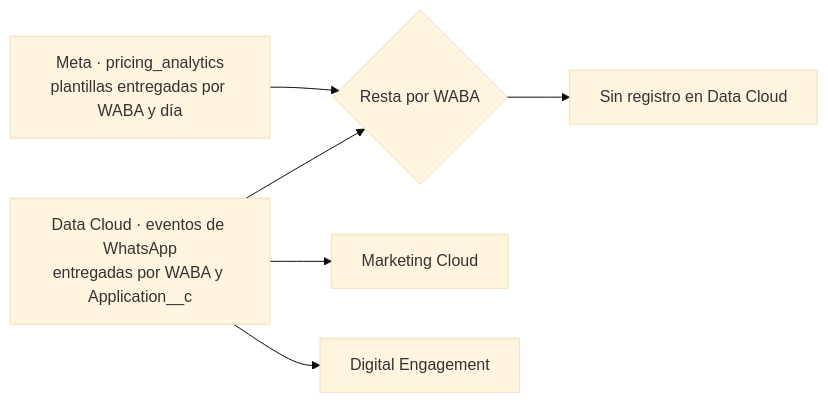
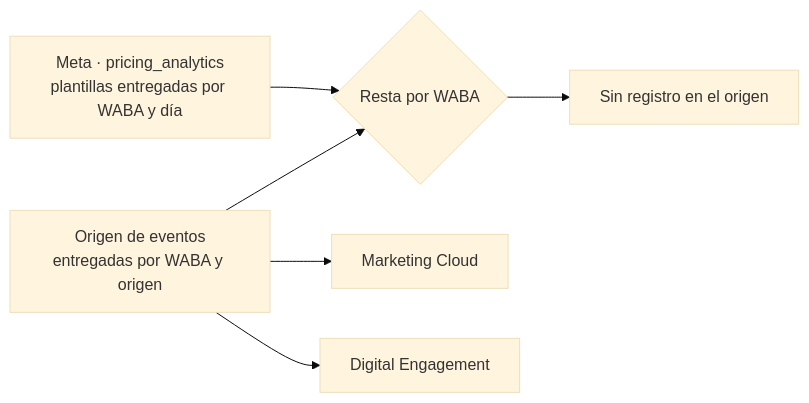
One commit to Gonzalez8/whatsapp-template-hub changed the seventh of 8 diagrams in README.md. Above: the diagram before and after it, drawn with Mermaid (base theme). The commit also changed other lines of this file and 19 other files, not shown here.

````diff
--- a/README.md
+++ b/README.md
@@ -415,8 +465,8 @@
 ```mermaid
 flowchart LR
     M[Meta · pricing_analytics<br/>plantillas entregadas por WABA y día] --> R{Resta por WABA}
-    D[Data Cloud · eventos de WhatsApp<br/>entregadas por WABA y Application__c] --> R
+    D[Origen de eventos<br/>entregadas por WABA y origen] --> R
     D --> MC[Marketing Cloud]
     D --> DE[Digital Engagement]
-    R --> F[Sin registro en Data Cloud]
+    R --> F[Sin registro en el origen]
 ```
````
